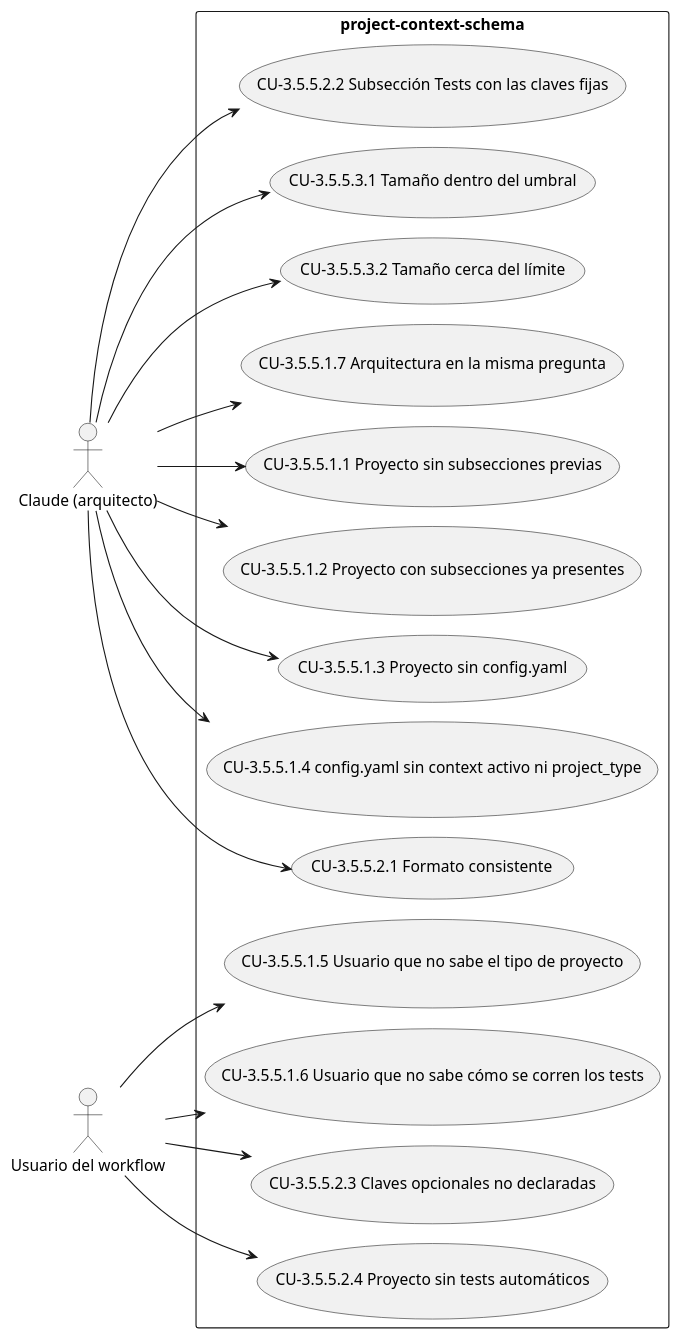
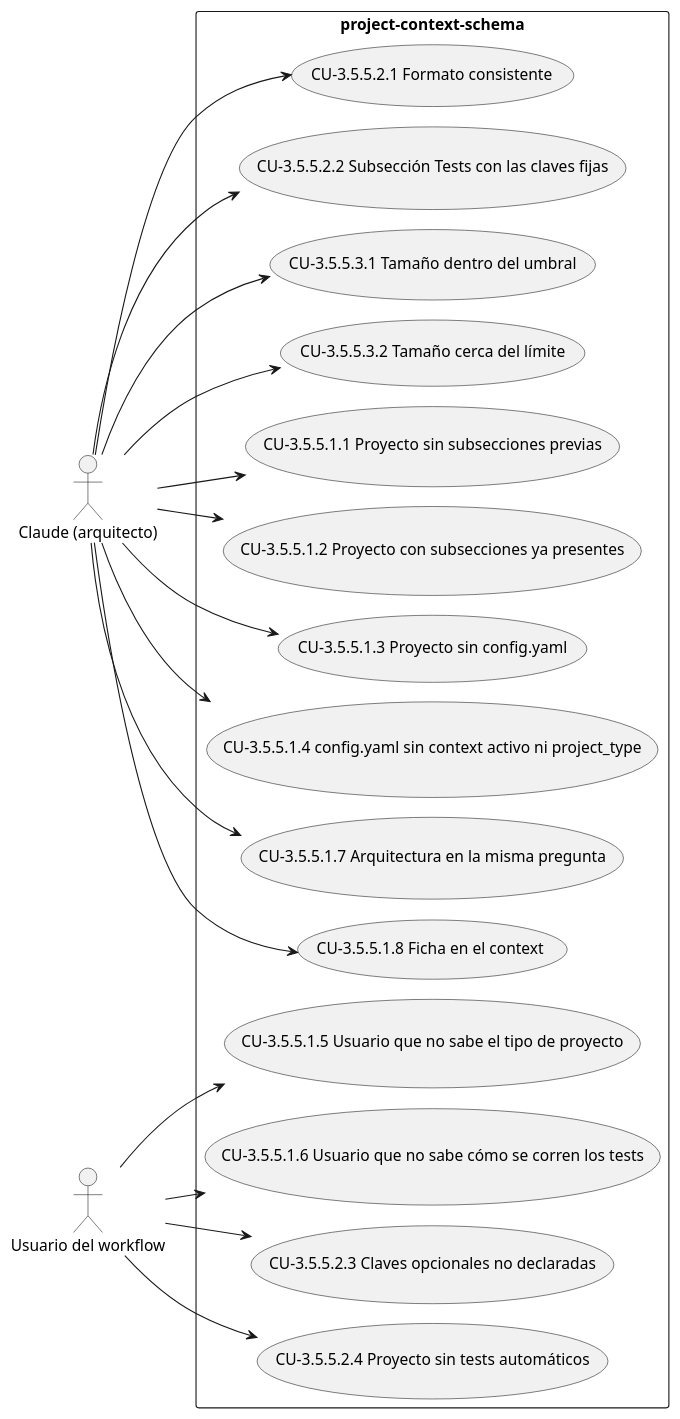
One commit to Lautaro-Montecchiani/sdd-global-config changed the diagram in docs/diagramas/CAP-3.5.5.puml. Above: the diagram before and after it, drawn with PlantUML. The commit also changed 8 other files, not shown here.

```diff
--- a/docs/diagramas/CAP-3.5.5.puml
+++ b/docs/diagramas/CAP-3.5.5.puml
@@ -1,34 +1,36 @@
 @startuml
 !pragma layout smetana
 left to right direction
 actor "Claude (arquitecto)" as A1
 actor "Usuario del workflow" as A2
 rectangle "project-context-schema" {
   usecase "CU-3.5.5.1.1 Proyecto sin subsecciones previas" as UC_3_5_5_1_1
   usecase "CU-3.5.5.1.2 Proyecto con subsecciones ya presentes" as UC_3_5_5_1_2
   usecase "CU-3.5.5.1.3 Proyecto sin config.yaml" as UC_3_5_5_1_3
   usecase "CU-3.5.5.1.4 config.yaml sin context activo ni project_type" as UC_3_5_5_1_4
   usecase "CU-3.5.5.1.5 Usuario que no sabe el tipo de proyecto" as UC_3_5_5_1_5
   usecase "CU-3.5.5.1.6 Usuario que no sabe cómo se corren los tests" as UC_3_5_5_1_6
+  usecase "CU-3.5.5.1.7 Arquitectura en la misma pregunta" as UC_3_5_5_1_7
+  usecase "CU-3.5.5.1.8 Ficha en el context" as UC_3_5_5_1_8
   usecase "CU-3.5.5.2.1 Formato consistente" as UC_3_5_5_2_1
   usecase "CU-3.5.5.2.2 Subsección Tests con las claves fijas" as UC_3_5_5_2_2
   usecase "CU-3.5.5.2.3 Claves opcionales no declaradas" as UC_3_5_5_2_3
   usecase "CU-3.5.5.2.4 Proyecto sin tests automáticos" as UC_3_5_5_2_4
   usecase "CU-3.5.5.3.1 Tamaño dentro del umbral" as UC_3_5_5_3_1
   usecase "CU-3.5.5.3.2 Tamaño cerca del límite" as UC_3_5_5_3_2
-  usecase "CU-3.5.5.1.7 Arquitectura en la misma pregunta" as UC_3_5_5_1_7
 }
 A1 --> UC_3_5_5_1_1
 A1 --> UC_3_5_5_1_2
 A1 --> UC_3_5_5_1_3
 A1 --> UC_3_5_5_1_4
 A2 --> UC_3_5_5_1_5
 A2 --> UC_3_5_5_1_6
+A1 --> UC_3_5_5_1_7
+A1 --> UC_3_5_5_1_8
 A1 --> UC_3_5_5_2_1
 A1 --> UC_3_5_5_2_2
 A2 --> UC_3_5_5_2_3
 A2 --> UC_3_5_5_2_4
 A1 --> UC_3_5_5_3_1
 A1 --> UC_3_5_5_3_2
-A1 --> UC_3_5_5_1_7
 @enduml
```
